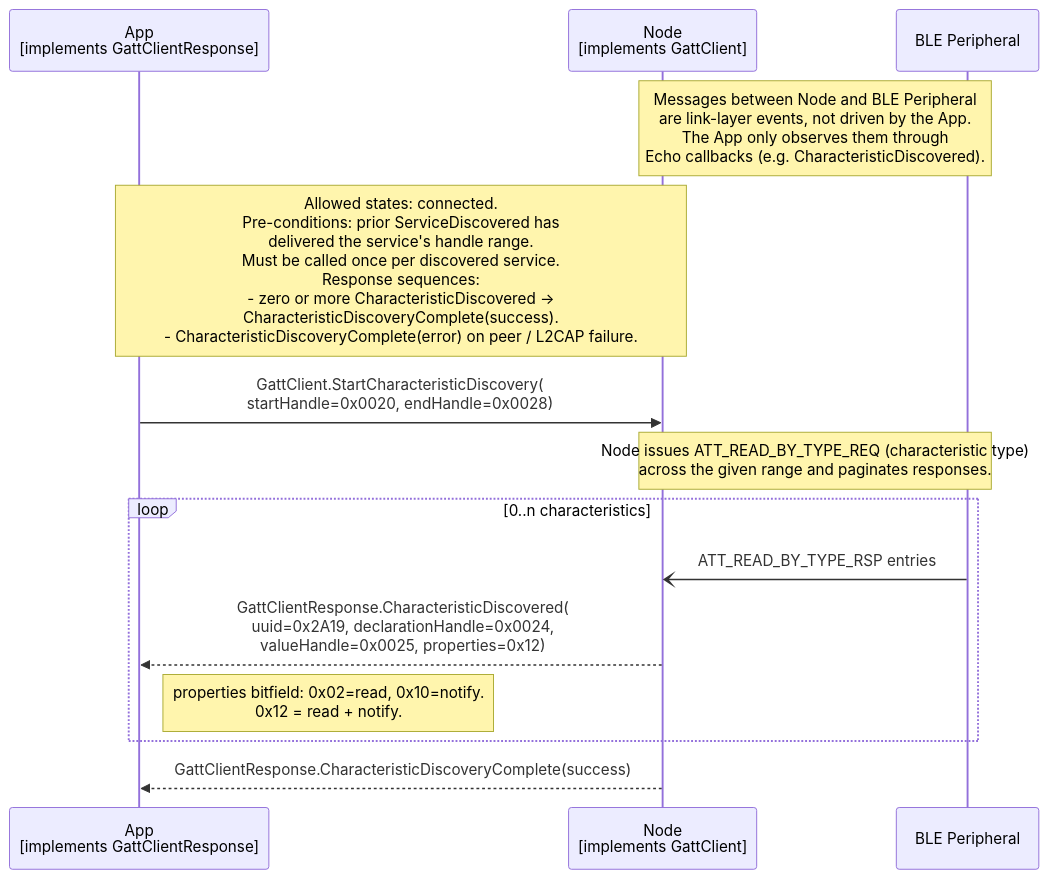
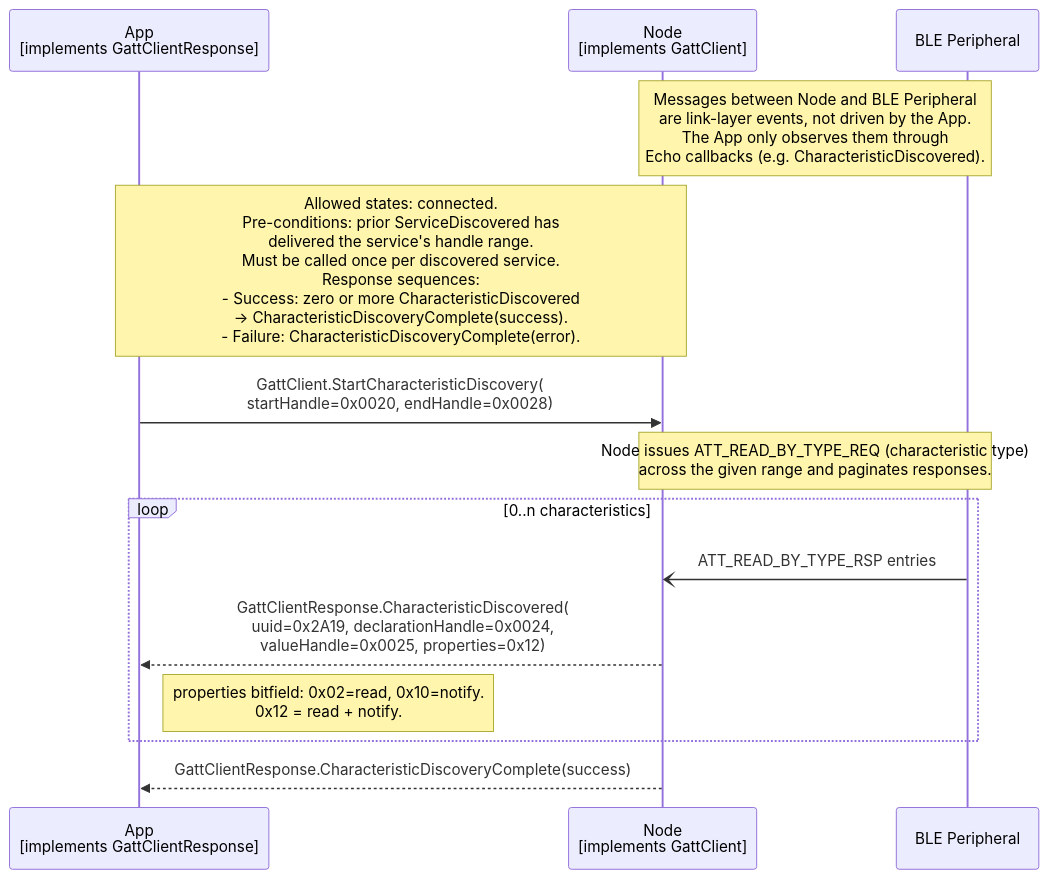
One commit to philips-software/amp-embedded-infra-lib changed the diagram in documents/modules/ROOT/partials/echoservices/gatt_client/GattClient_StartCharacteristicDiscovery_sequence.mmd. Above: the diagram before and after it, drawn with Mermaid. The commit also changed 12 other files, not shown here.

```diff
--- a/documents/modules/ROOT/partials/echoservices/gatt_client/GattClient_StartCharacteristicDiscovery_sequence.mmd
+++ b/documents/modules/ROOT/partials/echoservices/gatt_client/GattClient_StartCharacteristicDiscovery_sequence.mmd
@@ -1,16 +1,16 @@
 sequenceDiagram
     participant App as App<br>[implements GattClientResponse]
     participant Node as Node<br>[implements GattClient]
     participant Peripheral as BLE Peripheral
 
     Note over Node, Peripheral: Messages between Node and BLE Peripheral<br>are link-layer events, not driven by the App.<br>The App only observes them through<br>Echo callbacks (e.g. CharacteristicDiscovered).
-    Note over App, Node: Allowed states: connected.<br>Pre-conditions: prior ServiceDiscovered has<br>delivered the service's handle range.<br>Must be called once per discovered service.<br>Response sequences:<br>- zero or more CharacteristicDiscovered -><br>  CharacteristicDiscoveryComplete(success).<br>- CharacteristicDiscoveryComplete(error) on peer / L2CAP failure.
+    Note over App, Node: Allowed states: connected.<br>Pre-conditions: prior ServiceDiscovered has<br>delivered the service's handle range.<br>Must be called once per discovered service.<br>Response sequences:<br>- Success: zero or more CharacteristicDiscovered<br>  -> CharacteristicDiscoveryComplete(success).<br>- Failure: CharacteristicDiscoveryComplete(error).
 
     App->>Node: GattClient.StartCharacteristicDiscovery(<br>startHandle=0x0020, endHandle=0x0028)
     Note over Node, Peripheral: Node issues ATT_READ_BY_TYPE_REQ (characteristic type)<br>across the given range and paginates responses.
     loop 0..n characteristics
         Peripheral-)Node: ATT_READ_BY_TYPE_RSP entries
         Node-->>App: GattClientResponse.CharacteristicDiscovered(<br>uuid=0x2A19, declarationHandle=0x0024,<br>valueHandle=0x0025, properties=0x12)
         Note right of App: properties bitfield: 0x02=read, 0x10=notify.<br>0x12 = read + notify.
     end
     Node-->>App: GattClientResponse.CharacteristicDiscoveryComplete(success)
```
